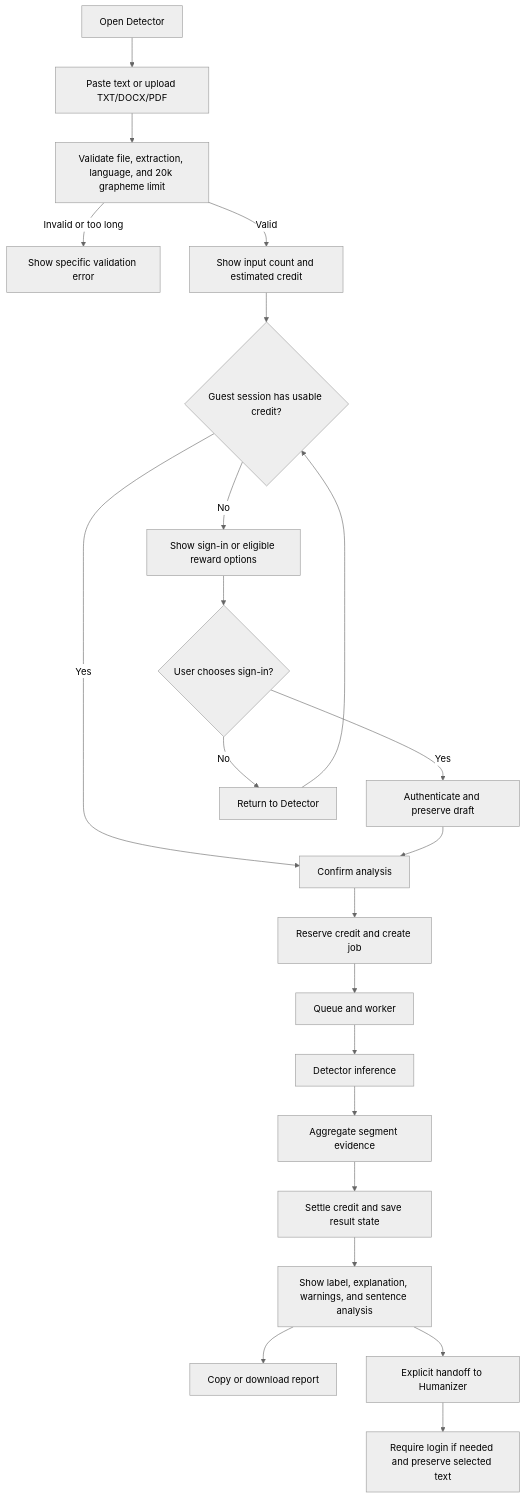
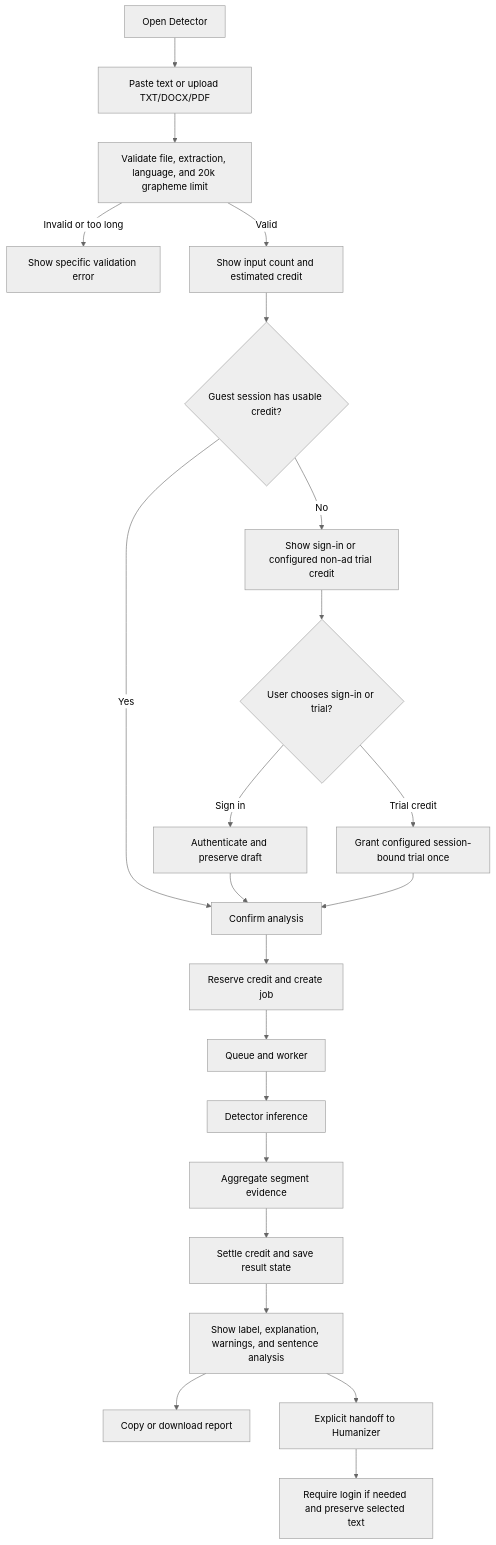
Before and after one commit to Fajriansyah21/Lexora: the second of 9 diagrams in plan/USER-FLOWS.md, drawn with Mermaid (neutral theme). The commit also changed other lines of this file, not shown here.

Commit message:
docs(ux): remove Guest rewarded-ad option from MVP flow

````diff
--- a/plan/USER-FLOWS.md
+++ b/plan/USER-FLOWS.md
@@ -26,24 +26,24 @@
 ```mermaid
 flowchart TD
   A[Open Detector] --> B[Paste text or upload TXT/DOCX/PDF]
   B --> C[Validate file, extraction, language, and 20k grapheme limit]
   C -->|Invalid or too long| D[Show specific validation error]
   C -->|Valid| E[Show input count and estimated credit]
   E --> F{Guest session has usable credit?}
-  F -->|No| G[Show sign-in or eligible reward options]
+  F -->|No| G[Show sign-in or configured non-ad trial credit]
   F -->|Yes| H[Confirm analysis]
-  G --> I{User chooses sign-in?}
-  I -->|Yes| J[Authenticate and preserve draft]
-  I -->|No| K[Return to Detector]
+  G --> I{User chooses sign-in or trial?}
+  I -->|Sign in| J[Authenticate and preserve draft]
+  I -->|Trial credit| K[Grant configured session-bound trial once]
   J --> H
-  K --> F
+  K --> H
   H --> L[Reserve credit and create job]
   L --> M[Queue and worker]
   M --> N[Detector inference]
   N --> O[Aggregate segment evidence]
   O --> P[Settle credit and save result state]
   P --> Q[Show label, explanation, warnings, and sentence analysis]
   Q --> R[Copy or download report]
   Q --> S[Explicit handoff to Humanizer]
   S --> T[Require login if needed and preserve selected text]
 ```
````
